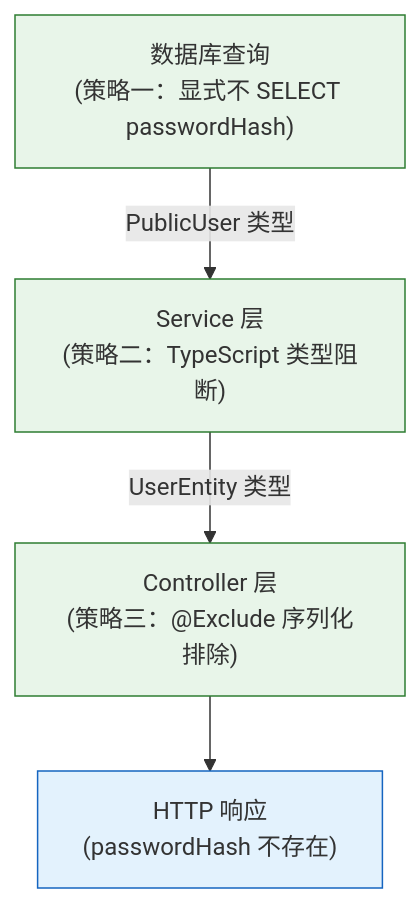
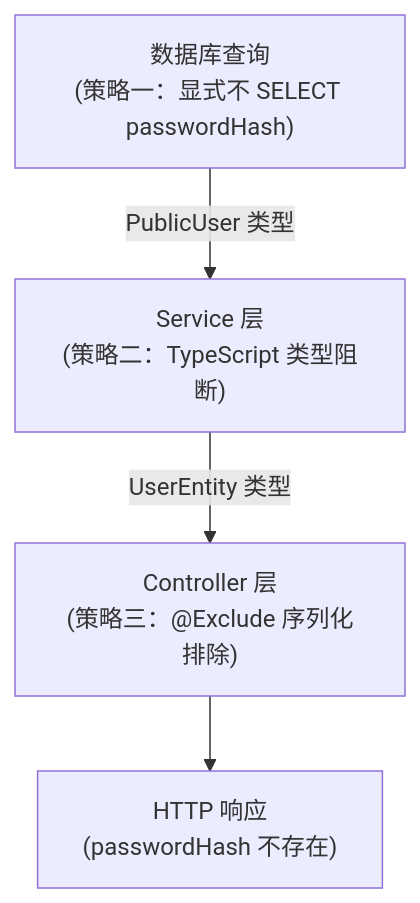
The second of 2 diagrams in docs/user-model.md (luohuidong/auth-tutorial), drawn with Mermaid before and after one commit. The commit also changed other lines of this file and 8 other files, not shown here.

First line of the commit message:
docs: 移除 mermaid 图表硬编码颜色以兼容 light/dark theme

````diff
--- a/docs/user-model.md
+++ b/docs/user-model.md
@@ -648,16 +645,12 @@
 ```mermaid
 graph TD
     A["数据库查询\n(策略一：显式不 SELECT passwordHash)"]
     B["Service 层\n(策略二：TypeScript 类型阻断)"]
     C["Controller 层\n(策略三：@Exclude 序列化排除)"]
     D["HTTP 响应\n(passwordHash 不存在)"]
 
     A -->|"PublicUser 类型"| B
     B -->|"UserEntity 类型"| C
     C --> D
 
-    style A fill:#e8f5e9,stroke:#2e7d32
-    style B fill:#e8f5e9,stroke:#2e7d32
-    style C fill:#e8f5e9,stroke:#2e7d32
-    style D fill:#e3f2fd,stroke:#1565c0
 ```
````
